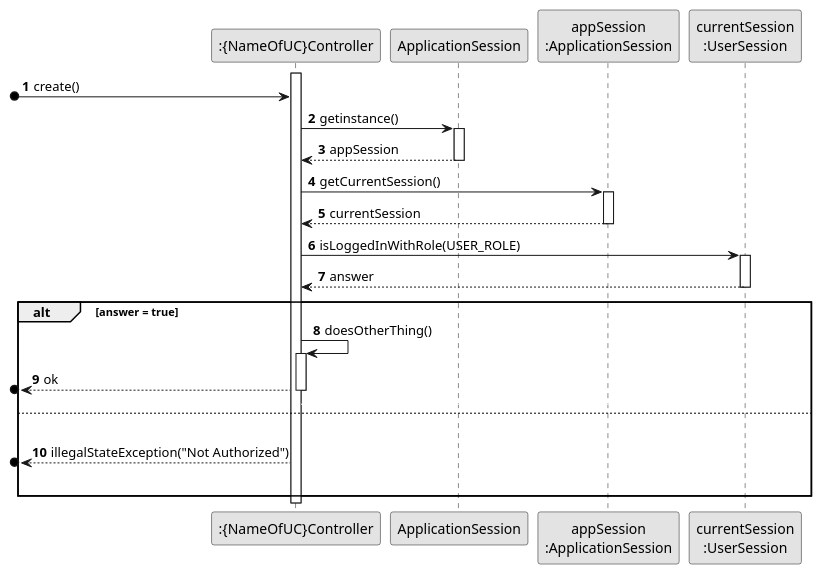
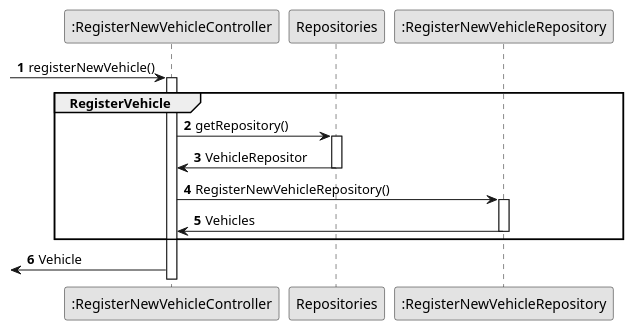
One commit to Departamento-de-Engenharia-Informatica/lei-24-s2-1dm-g132 changed the diagram in docs/sprintB/us006/03.design/puml/us006-sequence-diagram-controller-checking-user-authorization.puml. Above: the diagram before and after it, drawn with PlantUML.

Commit message:
us006 partial SSD

```diff
--- a/docs/sprintB/us006/03.design/puml/us006-sequence-diagram-controller-checking-user-authorization.puml
+++ b/docs/sprintB/us006/03.design/puml/us006-sequence-diagram-controller-checking-user-authorization.puml
@@ -1,48 +1,26 @@
 @startuml
 skinparam monochrome true
 skinparam packageStyle rectangle
 skinparam shadowing false
 
 autonumber
 
-'hide footbox
-participant ":{NameOfUC}Controller" as CTRL
-participant "ApplicationSession" as APPSESSIONC
-participant "appSession\n:ApplicationSession" as APPSESSIONI
-participant "currentSession\n:UserSession" as CURSESSION
+participant ":RegisterNewVehicleController" as RegisterNewVehicleController
+participant "Repositories" as Repositories
+participant ":RegisterNewVehicleRepository" as RegisterNewVehicleRepository
 
-activate CTRL
-[o-> CTRL : create()
-    CTRL -> APPSESSIONC : getinstance()
-
-    activate APPSESSIONC
-        APPSESSIONC --> CTRL : appSession
-    deactivate APPSESSIONC
-
-    CTRL -> APPSESSIONI : getCurrentSession()
-    activate APPSESSIONI
-        APPSESSIONI --> CTRL : currentSession
-    deactivate APPSESSIONI
-
-    CTRL -> CURSESSION : isLoggedInWithRole(USER_ROLE)
-    activate CURSESSION
-        CURSESSION --> CTRL : answer
-    deactivate CURSESSION
-
-    alt answer = true
-        CTRL -> CTRL : doesOtherThing()
-        activate CTRL
-            [o<-- CTRL : ok
-        deactivate CTRL
-        autonumber stop
-        CTRL -[#white]> CURSESSION
-        autonumber resume
-    else
-        |||
-        [o<-- CTRL : illegalStateException("Not Authorized")
-        |||
-    end alt
-
-deactivate CTRL
+-> RegisterNewVehicleController: registerNewVehicle()
+group RegisterVehicle
+activate RegisterNewVehicleController
+RegisterNewVehicleController -> Repositories : getRepository()
+activate Repositories
+Repositories -> RegisterNewVehicleController : VehicleRepositor
+deactivate Repositories
+RegisterNewVehicleController -> RegisterNewVehicleRepository : RegisterNewVehicleRepository()
+activate RegisterNewVehicleRepository
+RegisterNewVehicleRepository -> RegisterNewVehicleController : Vehicles
+deactivate RegisterNewVehicleRepository
+end
+<- RegisterNewVehicleController : Vehicle
 
 @enduml
```
